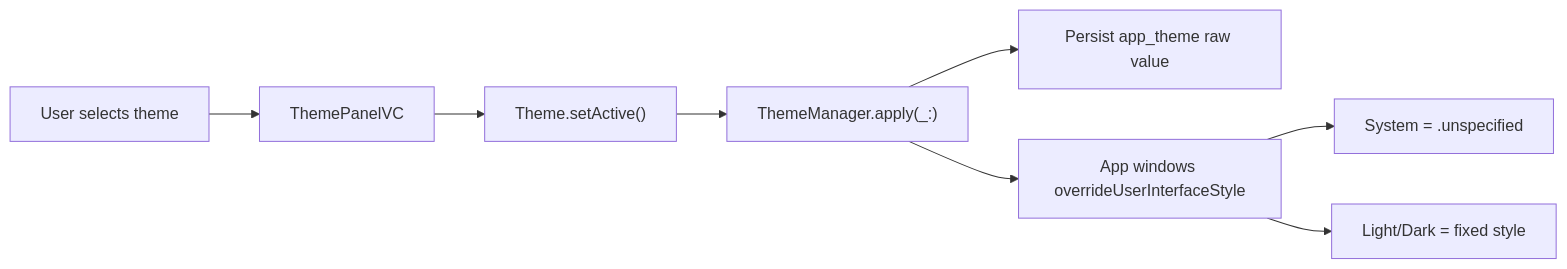
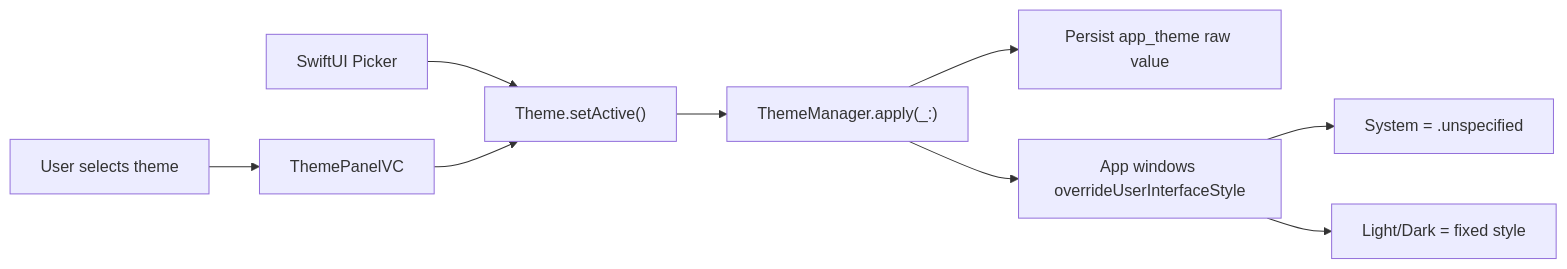
One commit to venvear/ThemeSwitcher changed the diagram in README.md. Above: the diagram before and after it, drawn with Mermaid. The commit also changed other lines of this file and 5 other files, not shown here.

````diff
--- a/README.md
+++ b/README.md
@@ -31,10 +32,11 @@
 ```mermaid
 flowchart LR
     User["User selects theme"] --> Panel["ThemePanelVC"]
+    SwiftUI["SwiftUI Picker"] --> API
     Panel --> API["Theme.setActive()"]
     API --> Manager["ThemeManager.apply(_:)"]
     Manager --> Defaults["Persist app_theme raw value"]
     Manager --> Windows["App windows overrideUserInterfaceStyle"]
     Windows --> System["System = .unspecified"]
     Windows --> Fixed["Light/Dark = fixed style"]
 ```
````
